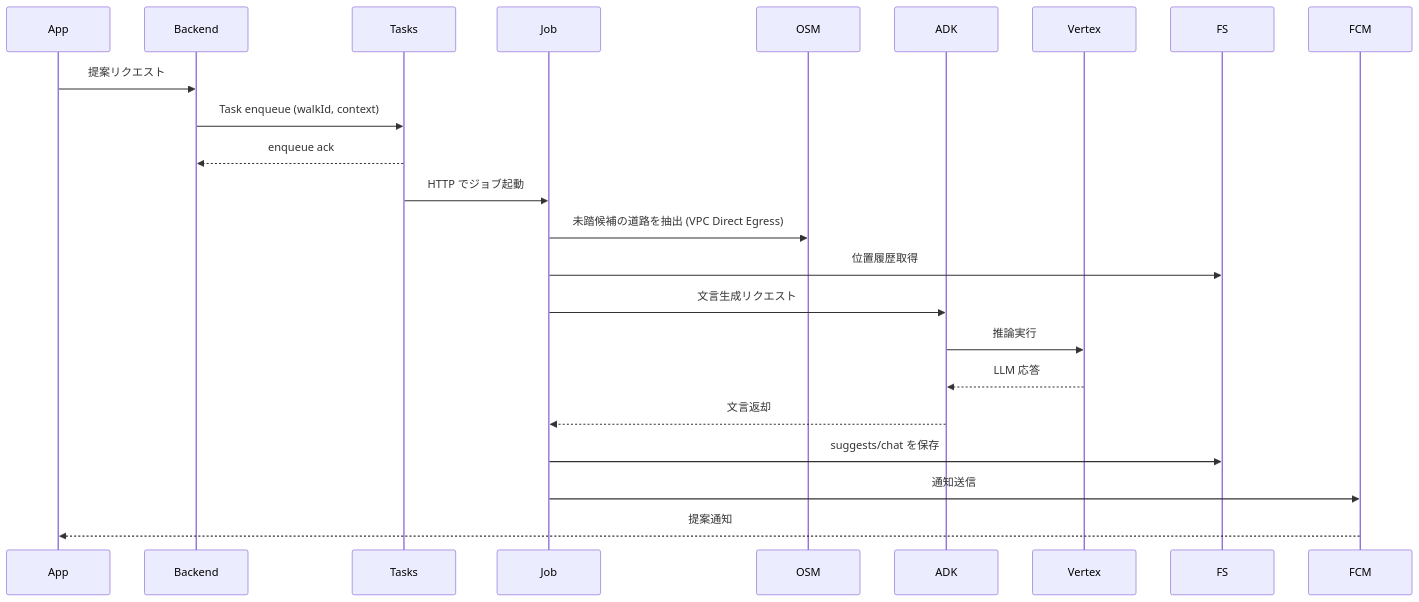
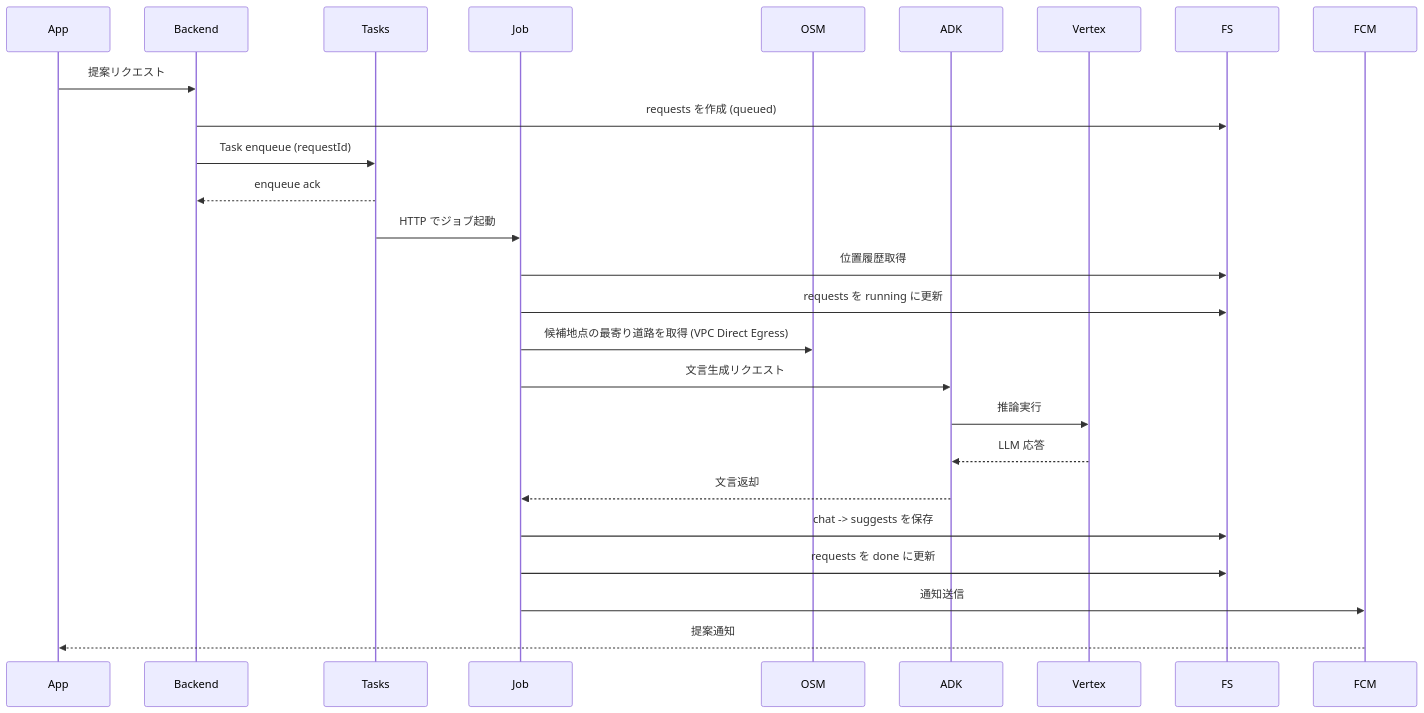
The second of 2 diagrams in spec/system.md (i-icc/aruku_pallarel), drawn with Mermaid before and after one commit. The commit also changed other lines of this file and 10 other files, not shown here.

````diff
--- a/spec/system.md
+++ b/spec/system.md
@@ -82,27 +82,30 @@
 ```mermaid
 sequenceDiagram
   participant App
   participant Backend
   participant Tasks
   participant Job
   participant OSM
   participant ADK
   participant Vertex
   participant FS
   participant FCM
 
   App->>Backend: 提案リクエスト
-  Backend->>Tasks: Task enqueue (walkId, context)
+  Backend->>FS: requests を作成 (queued)
+  Backend->>Tasks: Task enqueue (requestId)
   Tasks-->>Backend: enqueue ack
 
   Tasks->>Job: HTTP でジョブ起動
-  Job->>OSM: 未踏候補の道路を抽出 (VPC Direct Egress)
   Job->>FS: 位置履歴取得
+  Job->>FS: requests を running に更新
+  Job->>OSM: 候補地点の最寄り道路を取得 (VPC Direct Egress)
   Job->>ADK: 文言生成リクエスト
   ADK->>Vertex: 推論実行
   Vertex-->>ADK: LLM 応答
   ADK-->>Job: 文言返却
-  Job->>FS: suggests/chat を保存
+  Job->>FS: chat -> suggests を保存
+  Job->>FS: requests を done に更新
   Job->>FCM: 通知送信
   FCM-->>App: 提案通知
 ```
````
